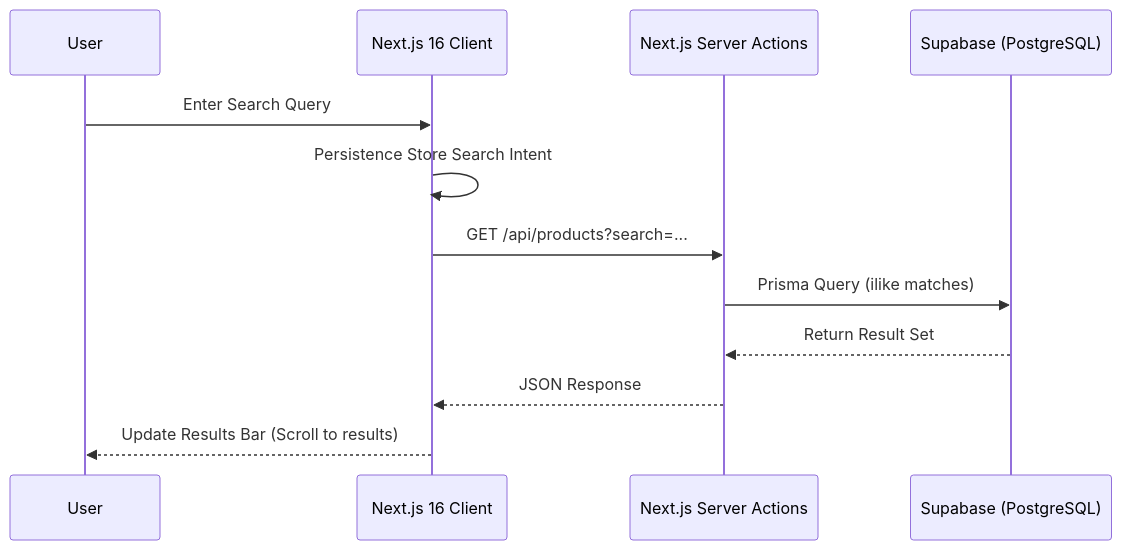
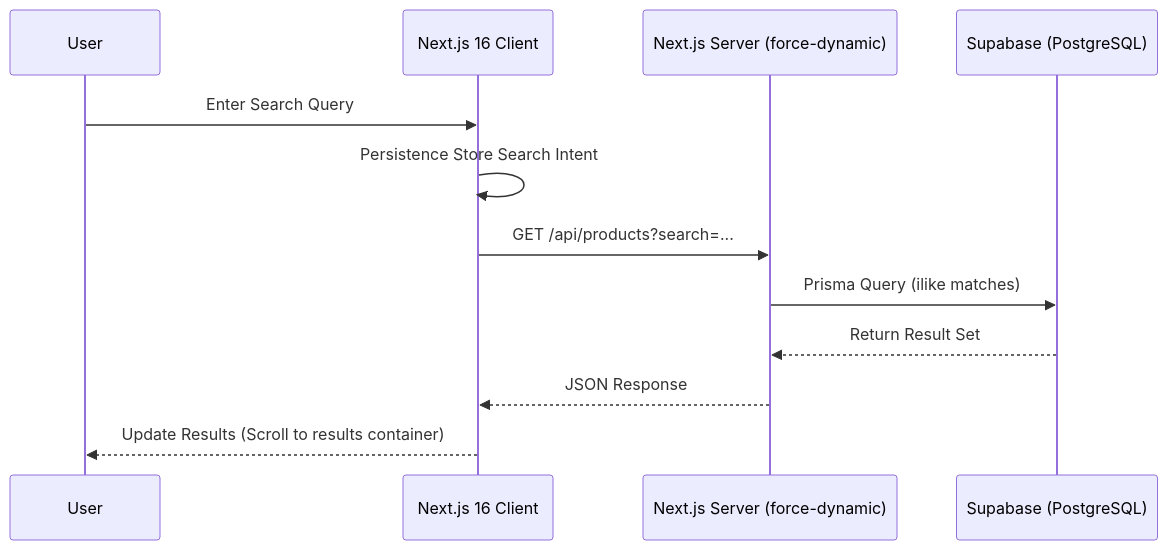
Before and after one commit to yashita13/amazon-clone-scaler: the first of 3 diagrams in README.md, drawn with Mermaid. The commit also changed other lines of this file and 1 other file, not shown here.

````diff
--- a/README.md
+++ b/README.md
@@ -33,15 +41,15 @@
 ```mermaid
 sequenceDiagram
     participant User
     participant Frontend as Next.js 16 Client
-    participant API as Next.js Server Actions
+    participant API as Next.js Server (force-dynamic)
     participant DB as Supabase (PostgreSQL)
 
     User->>Frontend: Enter Search Query
     Frontend->>Frontend: Persistence Store Search Intent
     Frontend->>API: GET /api/products?search=...
     API->>DB: Prisma Query (ilike matches)
     DB-->>API: Return Result Set
     API-->>Frontend: JSON Response
-    Frontend-->>User: Update Results Bar (Scroll to results)
+    Frontend-->>User: Update Results (Scroll to results container)
 ```
````
